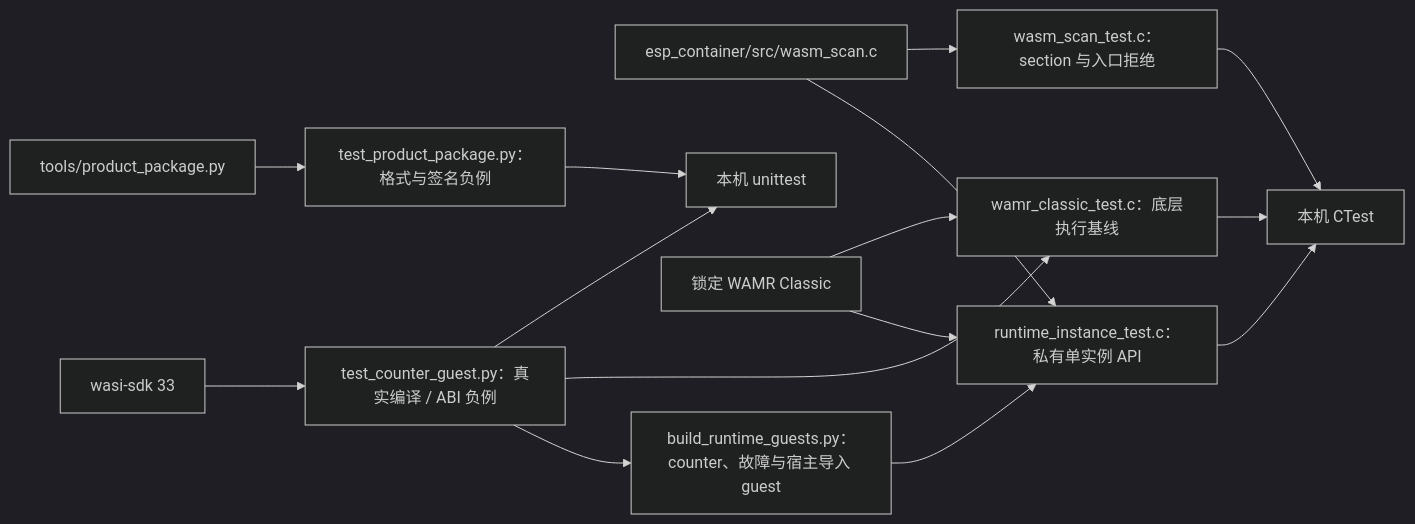
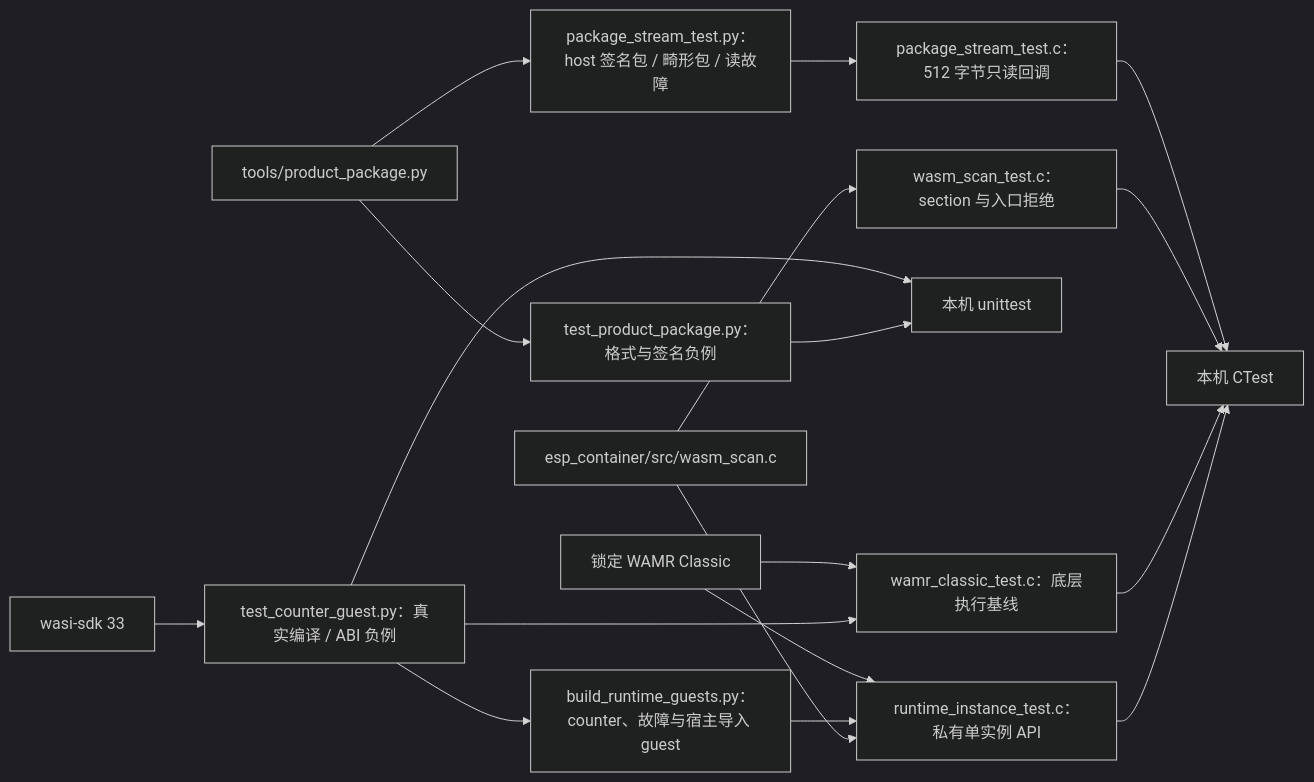
One commit to darren-you/esp-container changed the diagram in tests/README.md. Above: the diagram before and after it, drawn with Mermaid (dark theme). The commit also changed other lines of this file and 12 other files, not shown here.

````diff
--- a/tests/README.md
+++ b/tests/README.md
@@ -5,17 +5,20 @@
 ```mermaid
 flowchart LR
     package["tools/product_package.py"] --> py["test_product_package.py：格式与签名负例"]
+    package --> stream["package_stream_test.py：host 签名包 / 畸形包 / 读故障"]
+    stream --> reader["package_stream_test.c：512 字节只读回调"]
+    reader --> ctest
     scanner["esp_container/src/wasm_scan.c"] --> c["wasm_scan_test.c：section 与入口拒绝"]
     wasi["wasi-sdk 33"] --> guest["test_counter_guest.py：真实编译 / ABI 负例"]
     guest --> host
     wamr["锁定 WAMR Classic"] --> baseline["wamr_classic_test.c：底层执行基线"]
     guest --> baseline
     guest --> fixtures["build_runtime_guests.py：counter、故障与宿主导入 guest"]
     wamr --> instance["runtime_instance_test.c：私有单实例 API"]
     fixtures --> instance
     scanner --> instance
     py --> host["本机 unittest"]
     c --> ctest["本机 CTest"]
     baseline --> ctest
     instance --> ctest
 ```
````
